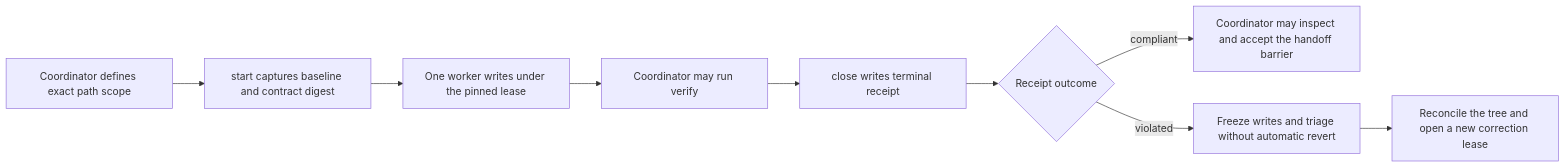
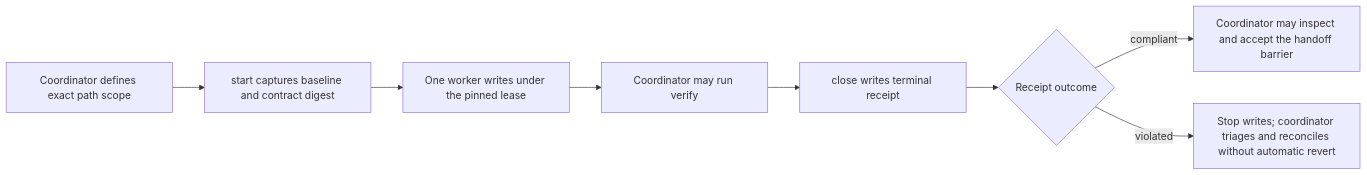
Before and after one commit to mmjosedaniel/rick-and-morty-explorer: the diagram in .codex/write-lease-guard.md, drawn with Mermaid. The commit also changed other lines of this file and 13 other files, not shown here.

````diff
--- a/.codex/write-lease-guard.md
+++ b/.codex/write-lease-guard.md
@@ -11,11 +11,10 @@
 ```mermaid
 flowchart LR
     A["Coordinator defines exact path scope"] --> B["start captures baseline and contract digest"]
     B --> C["One worker writes under the pinned lease"]
     C --> D["Coordinator may run verify"]
     D --> E["close writes terminal receipt"]
     E --> F{"Receipt outcome"}
     F -- "compliant" --> G["Coordinator may inspect and accept the handoff barrier"]
-    F -- "violated" --> H["Freeze writes and triage without automatic revert"]
-    H --> I["Reconcile the tree and open a new correction lease"]
+    F -- "violated" --> H["Stop writes; coordinator triages and reconciles without automatic revert"]
 ```
````
